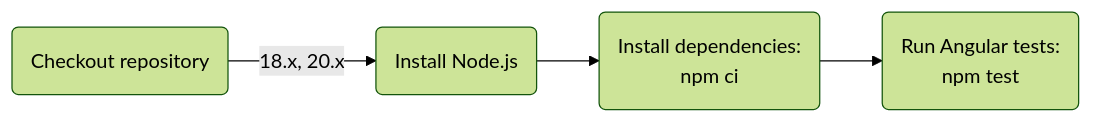
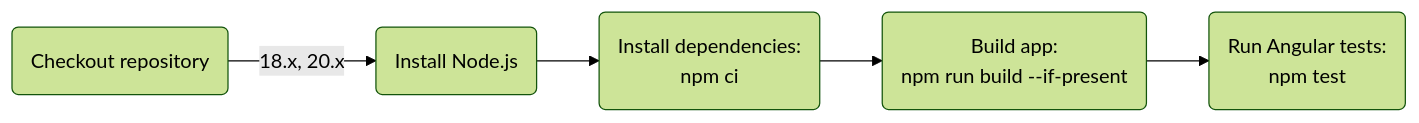
Before and after one commit to Abhiek187/ez-recipes-web: the first of 3 diagrams in README.md, drawn with Mermaid (forest theme).

Commit message:
Add build step in NPM CI diagram

````diff
--- a/README.md
+++ b/README.md
@@ -37,7 +37,8 @@
 ```mermaid
 flowchart LR
 
 A(Checkout repository) -->|18.x, 20.x| B(Install Node.js)
 B --> C(Install dependencies:\nnpm ci)
-C --> D(Run Angular tests:\nnpm test)
+C --> D(Build app:\nnpm run build --if-present)
+D --> E(Run Angular tests:\nnpm test)
 ```
````
